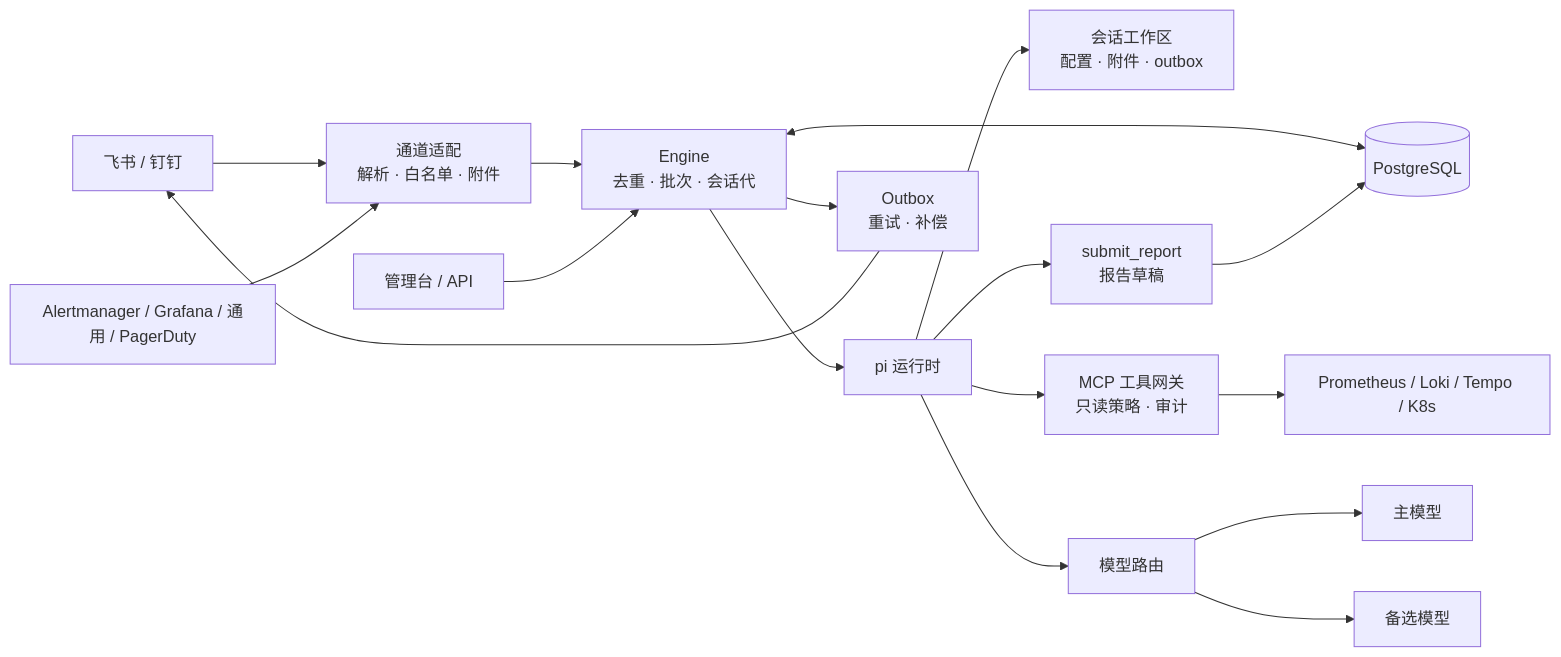
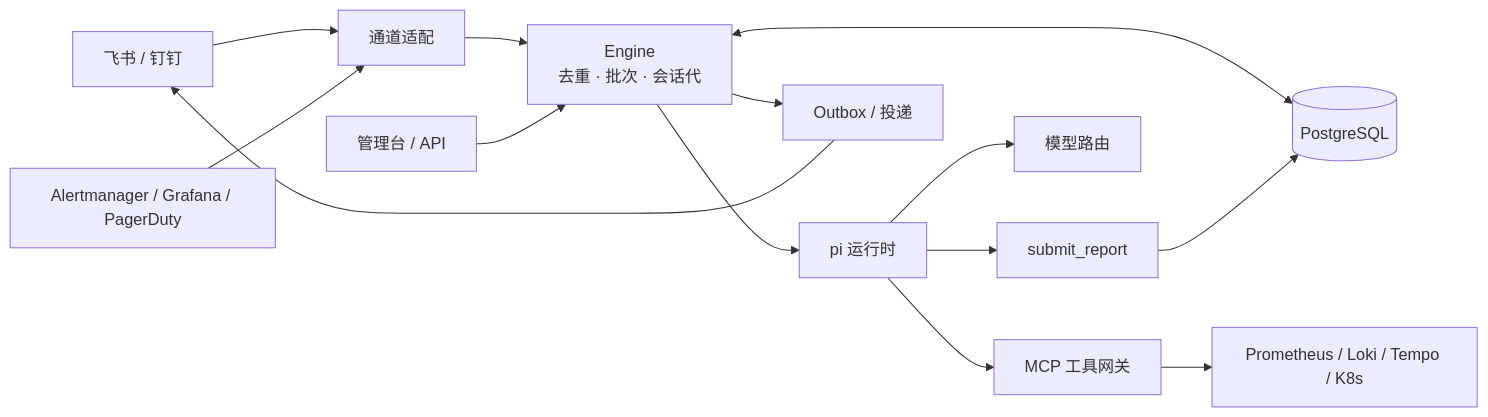
One commit to dongdonglog/Agenthub changed the diagram in README.md. Above: the diagram before and after it, drawn with Mermaid. The commit also changed other lines of this file and 1 other file, not shown here.

````diff
--- a/README.md
+++ b/README.md
@@ -118,19 +124,16 @@
 ```mermaid
 flowchart LR
-  U[飞书 / 钉钉] --> C[通道适配<br/>解析 · 白名单 · 附件]
-  A[Alertmanager / Grafana / 通用 / PagerDuty] --> C
+  U[飞书 / 钉钉] --> C[通道适配]
+  A[Alertmanager / Grafana / PagerDuty] --> C
   C --> E[Engine<br/>去重 · 批次 · 会话代]
   E <--> DB[(PostgreSQL)]
   E --> R[pi 运行时]
-  R --> W[会话工作区<br/>配置 · 附件 · outbox]
-  R --> G[MCP 工具网关<br/>只读策略 · 审计]
+  R --> G[MCP 工具网关]
   G --> OBS[Prometheus / Loki / Tempo / K8s]
   R --> MR[模型路由]
-  MR --> P1[主模型]
-  MR --> P2[备选模型]
-  R --> REP[submit_report<br/>报告草稿]
+  R --> REP[submit_report]
   REP --> DB
-  E --> O[Outbox<br/>重试 · 补偿]
+  E --> O[Outbox / 投递]
   O --> U
   ADM[管理台 / API] --> E
 ```
````
